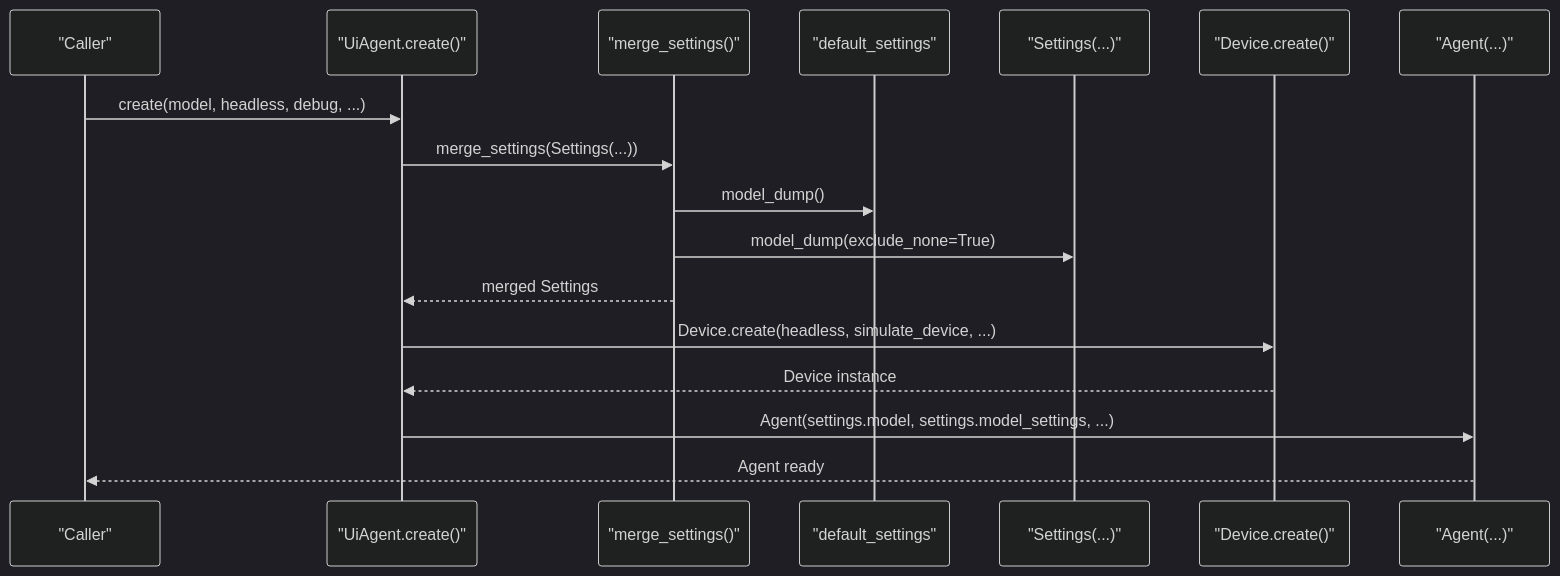
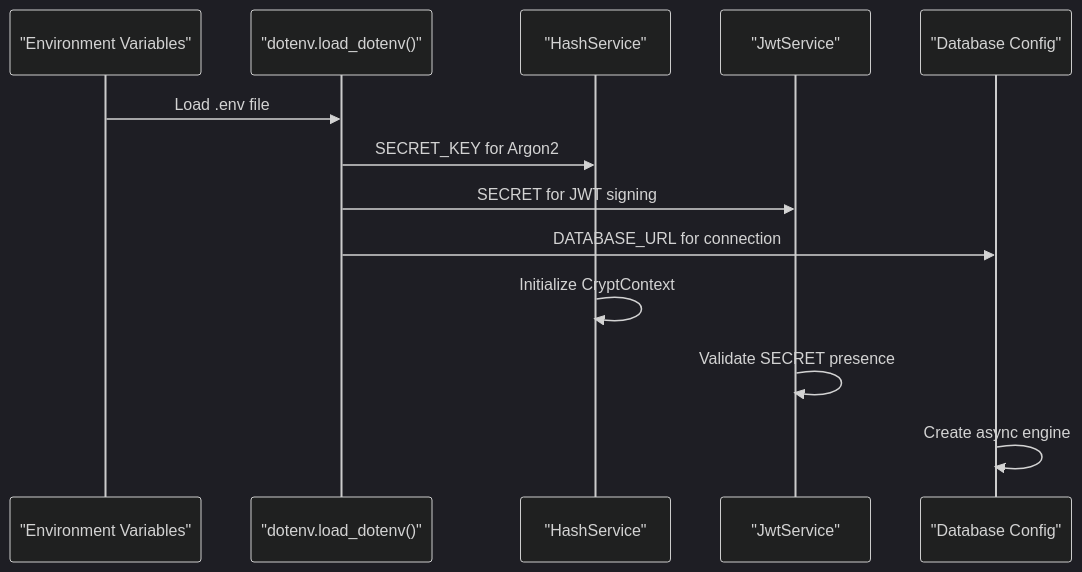
The second of 2 diagrams in .qoder/repowiki/en/content/Core Concepts/Configuration Management.md (srikant-panda/auth-service), drawn with Mermaid (dark theme) before and after one commit. The commit also changed other lines of this file and 9 other files, not shown here.

````diff
--- a/.qoder/repowiki/en/content/Core Concepts/Configuration Management.md
+++ b/.qoder/repowiki/en/content/Core Concepts/Configuration Management.md
@@ -80,19 +87,15 @@
 ```mermaid
 sequenceDiagram
-participant Caller as "Caller"
-participant Factory as "UiAgent.create()"
-participant Merge as "merge_settings()"
-participant Defaults as "default_settings"
-participant Settings as "Settings(...)"
-participant Device as "Device.create()"
-participant Agent as "Agent(...)"
-Caller->>Factory : create(model, headless, debug, ...)
-Factory->>Merge : merge_settings(Settings(...))
-Merge->>Defaults : model_dump()
-Merge->>Settings : model_dump(exclude_none=True)
-Merge-->>Factory : merged Settings
-Factory->>Device : Device.create(headless, simulate_device, ...)
-Device-->>Factory : Device instance
-Factory->>Agent : Agent(settings.model, settings.model_settings, ...)
-Agent-->>Caller : Agent ready
+participant Env as "Environment Variables"
+participant Loader as "dotenv.load_dotenv()"
+participant Hash as "HashService"
+participant JWT as "JwtService"
+participant DB as "Database Config"
+Env->>Loader : Load .env file
+Loader->>Hash : SECRET_KEY for Argon2
+Loader->>JWT : SECRET for JWT signing
+Loader->>DB : DATABASE_URL for connection
+Hash->>Hash : Initialize CryptContext
+JWT->>JWT : Validate SECRET presence
+DB->>DB : Create async engine
 ```
````
